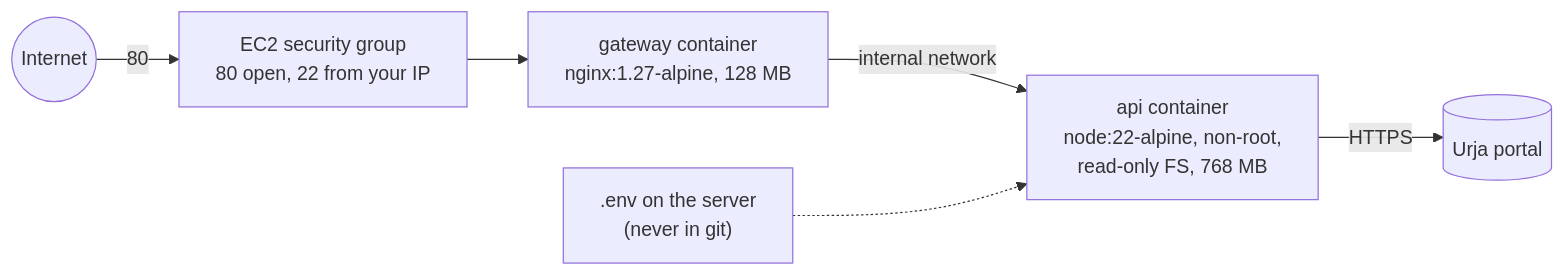
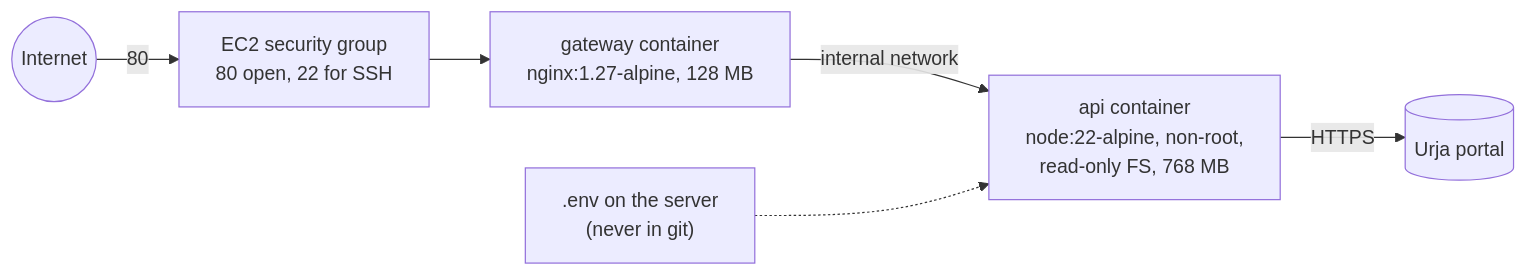
One commit to Sameer-choudhary-git/urja-api changed the fourth of 4 diagrams in docs/ARCHITECTURE.md. Above: the diagram before and after it, drawn with Mermaid. The commit also changed other lines of this file and 6 other files, not shown here.

````diff
--- a/docs/ARCHITECTURE.md
+++ b/docs/ARCHITECTURE.md
@@ -185,8 +200,8 @@
 ```mermaid
 flowchart LR
-  internet((Internet)) -->|80| sg["EC2 security group<br/>80 open, 22 from your IP"]
+  internet((Internet)) -->|80| sg["EC2 security group<br/>80 open, 22 for SSH"]
   sg --> gw["gateway container<br/>nginx:1.27-alpine, 128 MB"]
   gw -->|internal network| apic["api container<br/>node:22-alpine, non-root,<br/>read-only FS, 768 MB"]
   apic -->|HTTPS| portal[(Urja portal)]
   env[".env on the server<br/>(never in git)"] -.-> apic
 ```
````
